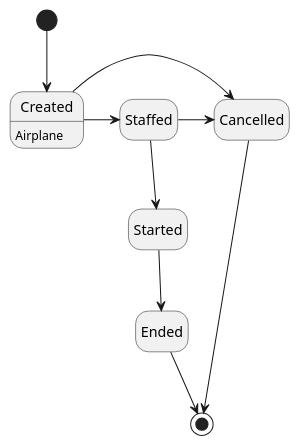
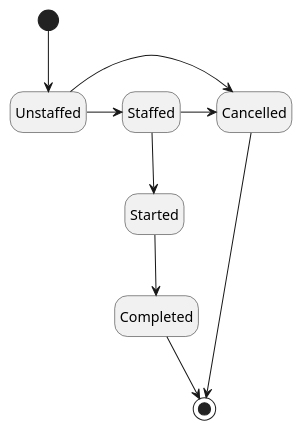
Before and after one commit to irmalexandra/vln1_chuck_nan: the diagram in design/state_diagrams/State_Diagram_Voyage.puml, drawn with PlantUML. The commit also changed other lines of this file and 3 other files, not shown here.

Commit message:
state diagrams

```diff
--- a/design/state_diagrams/State_Diagram_Voyage.puml
+++ b/design/state_diagrams/State_Diagram_Voyage.puml
@@ -1,13 +1,12 @@
 @startuml voyage
 hide empty description
-[*] --> Created
-Created : Airplane
-Created -> Staffed
-Created -> Cancelled
+[*] --> Unstaffed
+Unstaffed -> Cancelled
+Unstaffed -> Staffed
 Staffed -> Cancelled
 Staffed --> Started
-Started --> Ended
+Started --> Completed
 Cancelled --> [*]
-Ended --> [*]
+Completed --> [*]
 
 @enduml
```
